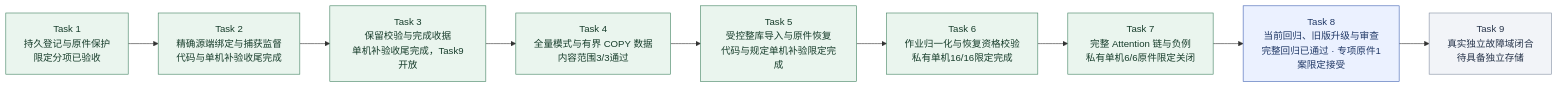
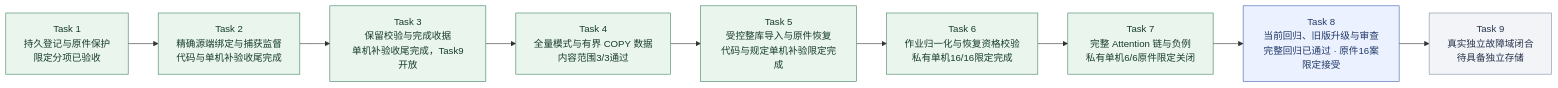
The second of 9 diagrams in docs/KnowWeave实施路线与系统架构.md (MansurnamedZhang/learning-system-p0c4), drawn with Mermaid before and after one commit. The commit also changed other lines of this file and 10 other files, not shown here.

````diff
--- a/docs/KnowWeave实施路线与系统架构.md
+++ b/docs/KnowWeave实施路线与系统架构.md
@@ -81,26 +81,26 @@
 ```mermaid
 flowchart LR
     C4T1["Task 1<br/>持久登记与原件保护<br/>限定分项已验收"]
     C4T2["Task 2<br/>精确源端绑定与捕获监督<br/>代码与单机补验收尾完成"]
     C4T3["Task 3<br/>保留校验与完成收据<br/>单机补验收尾完成，Task9开放"]
     C4T4["Task 4<br/>全量模式与有界 COPY 数据<br/>内容范围3/3通过"]
     C4T5["Task 5<br/>受控整库导入与原件恢复<br/>代码与规定单机补验限定完成"]
     C4T6["Task 6<br/>作业归一化与恢复资格校验<br/>私有单机16/16限定完成"]
     C4T7["Task 7<br/>完整 Attention 链与负例<br/>私有单机6/6原件限定关闭"]
-    C4T8["Task 8<br/>当前回归、旧版升级与审查<br/>完整回归已通过 · 专项原件1案限定接受"]
+    C4T8["Task 8<br/>当前回归、旧版升级与审查<br/>完整回归已通过 · 原件16案限定接受"]
     C4T9["Task 9<br/>真实独立故障域闭合<br/>待具备独立存储"]
     C4T1 --> C4T2
     C4T2 --> C4T3
     C4T3 --> C4T4
     C4T4 --> C4T5
     C4T5 --> C4T6
     C4T6 --> C4T7
     C4T7 --> C4T8
     C4T8 --> C4T9
     class C4T1,C4T2,C4T3,C4T4,C4T5,C4T6,C4T7 done
     class C4T8 next
     class C4T9 planned
     classDef done fill:#eaf5ee,stroke:#438363,color:#173d2b
     classDef next fill:#ebf1ff,stroke:#4365b4,color:#203866
     classDef planned fill:#f2f4f8,stroke:#8591a3,color:#28354b
 ```
````
